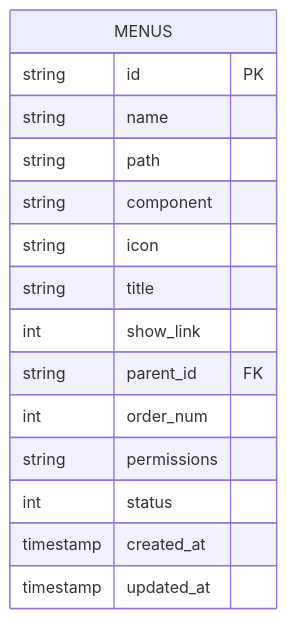
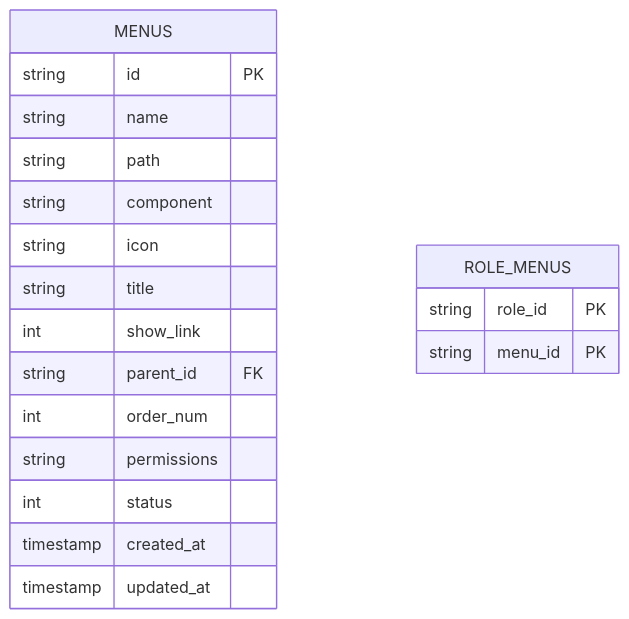
The third of 6 diagrams in .qoder/repowiki/zh/content/API 接口文档/菜单管理接口.md (taoweidong/Hello-FastApi), drawn with Mermaid before and after one commit. The commit also changed other lines of this file and 9 other files, not shown here.

````diff
--- a/.qoder/repowiki/zh/content/API 接口文档/菜单管理接口.md
+++ b/.qoder/repowiki/zh/content/API 接口文档/菜单管理接口.md
@@ -156,18 +197,22 @@
 ```mermaid
 erDiagram
 MENUS {
 string id PK
 string name
 string path
 string component
 string icon
 string title
 int show_link
 string parent_id FK
 int order_num
 string permissions
 int status
 timestamp created_at
 timestamp updated_at
 }
+ROLE_MENUS {
+string role_id PK
+string menu_id PK
+}
 ```
````
